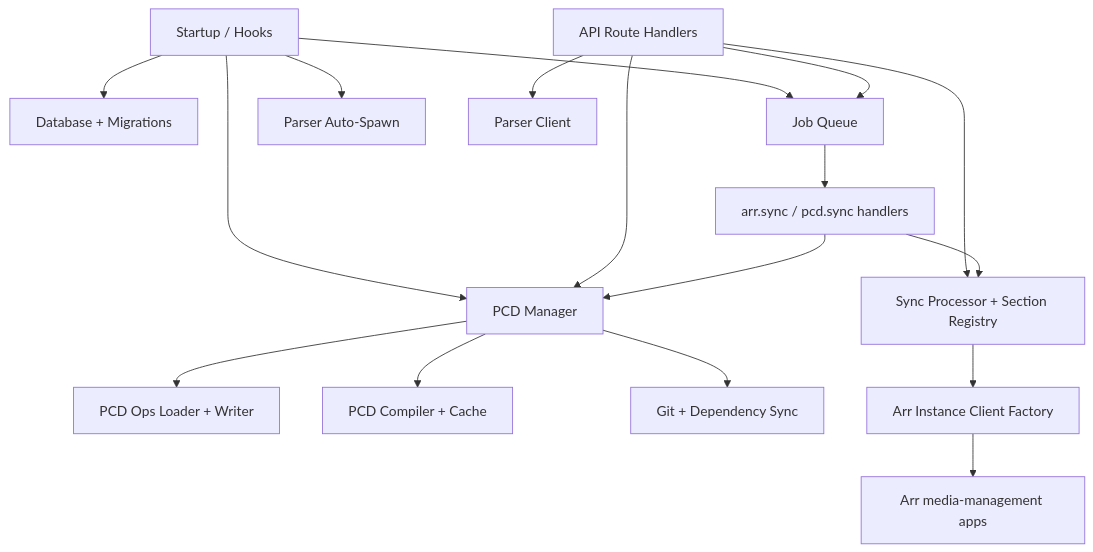
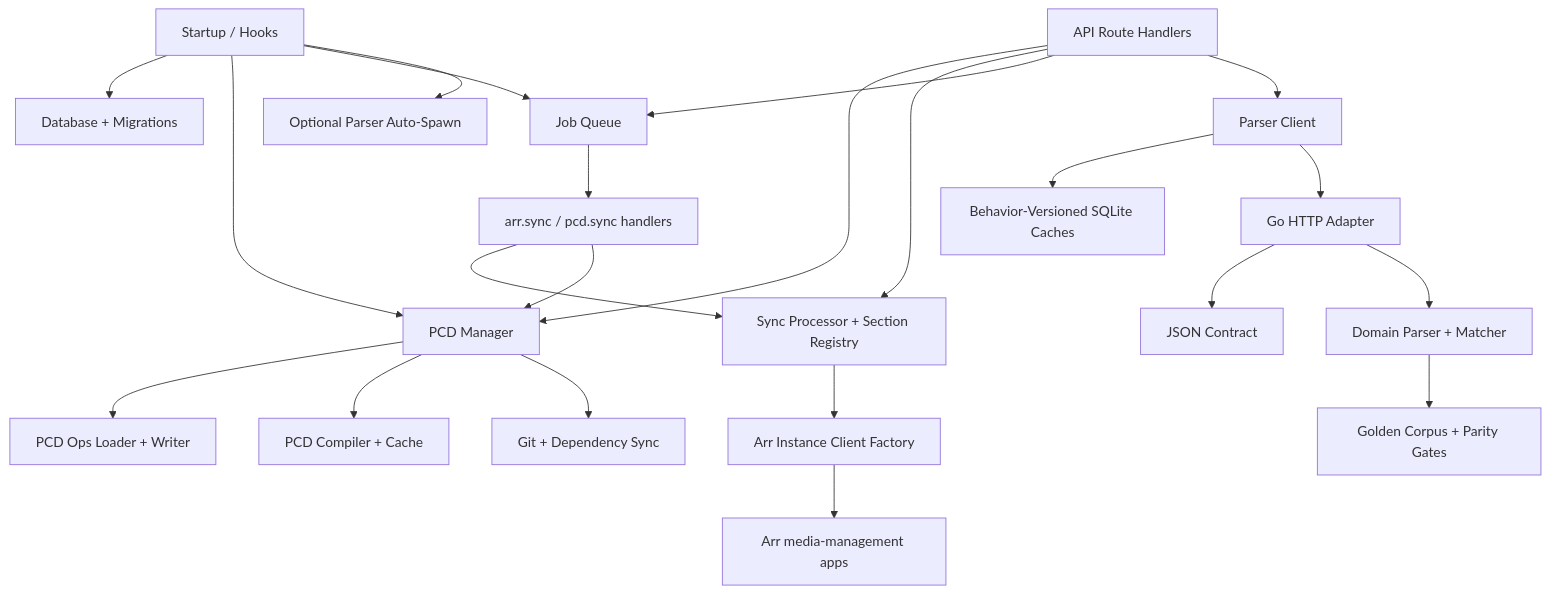
Before and after one commit to yandy-r/praxrr: the diagram in docs/architecture/components.md, drawn with Mermaid. The commit also changed other lines of this file and 149 other files, not shown here.

````diff
--- a/docs/architecture/components.md
+++ b/docs/architecture/components.md
@@ -5,23 +5,28 @@
 ```mermaid
 flowchart TB
     Startup[Startup / Hooks] --> DB[Database + Migrations]
     Startup --> PCD[PCD Manager]
     Startup --> Jobs[Job Queue]
-    Startup --> ParserSpawn[Parser Auto-Spawn]
+    Startup --> ParserSpawn[Optional Parser Auto-Spawn]
 
     API[API Route Handlers] --> PCD
     API --> Sync[Sync Processor + Section Registry]
     API --> Jobs
     API --> ParserClient[Parser Client]
+    ParserClient --> ParserCache[Behavior-Versioned SQLite Caches]
+    ParserClient --> ParserHTTP[Go HTTP Adapter]
+    ParserHTTP --> ParserContract[JSON Contract]
+    ParserHTTP --> ParserCore[Domain Parser + Matcher]
+    ParserCore --> ParserCorpus[Golden Corpus + Parity Gates]
 
     PCD --> PCDOps[PCD Ops Loader + Writer]
     PCD --> PCDCompiler[PCD Compiler + Cache]
     PCD --> Git[Git + Dependency Sync]
 
     Sync --> ArrClient[Arr Instance Client Factory]
     ArrClient --> ArrApps[Arr media-management apps]
 
     Jobs --> JobHandlers[arr.sync / pcd.sync handlers]
     JobHandlers --> Sync
     JobHandlers --> PCD
 ```
````
